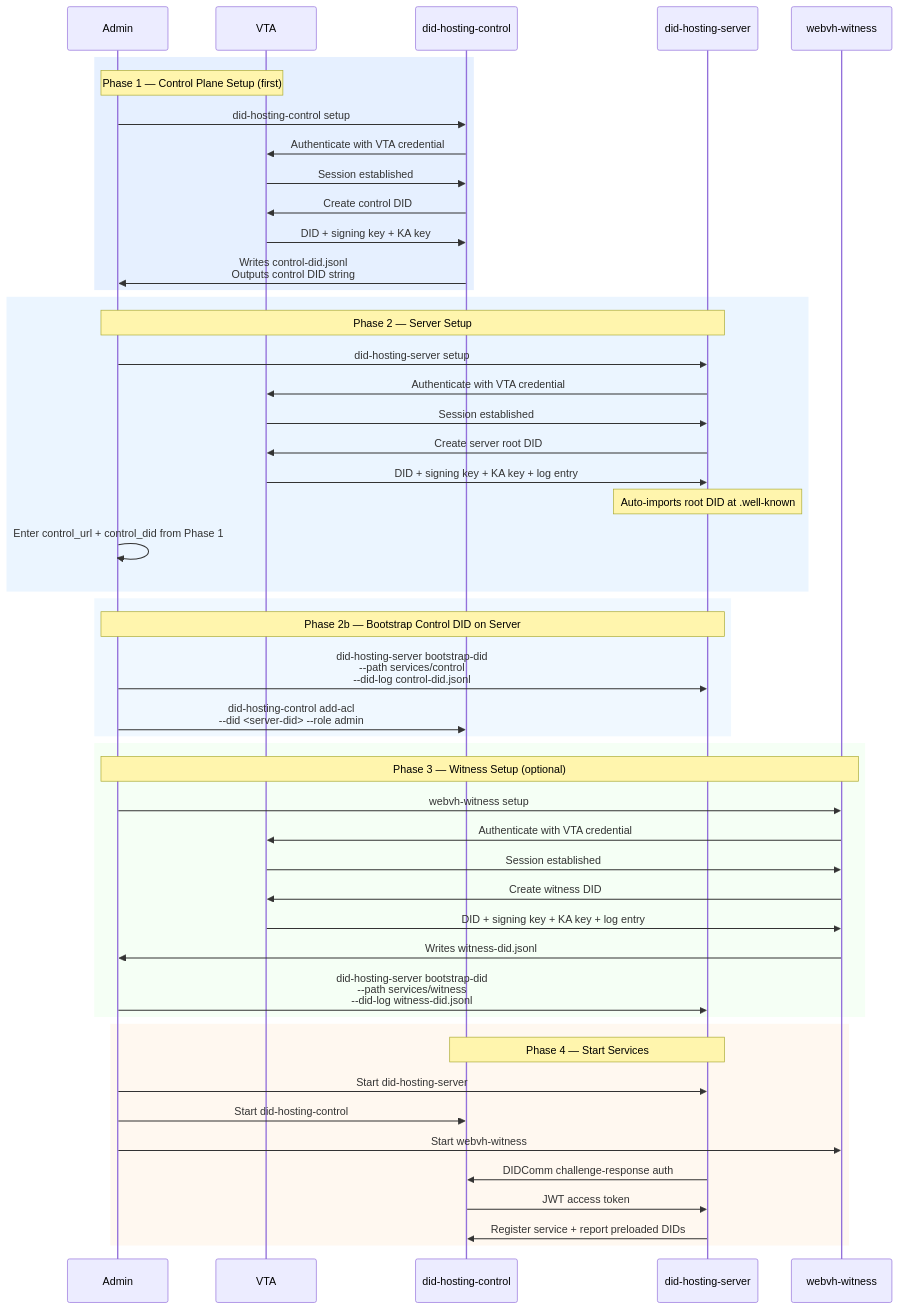
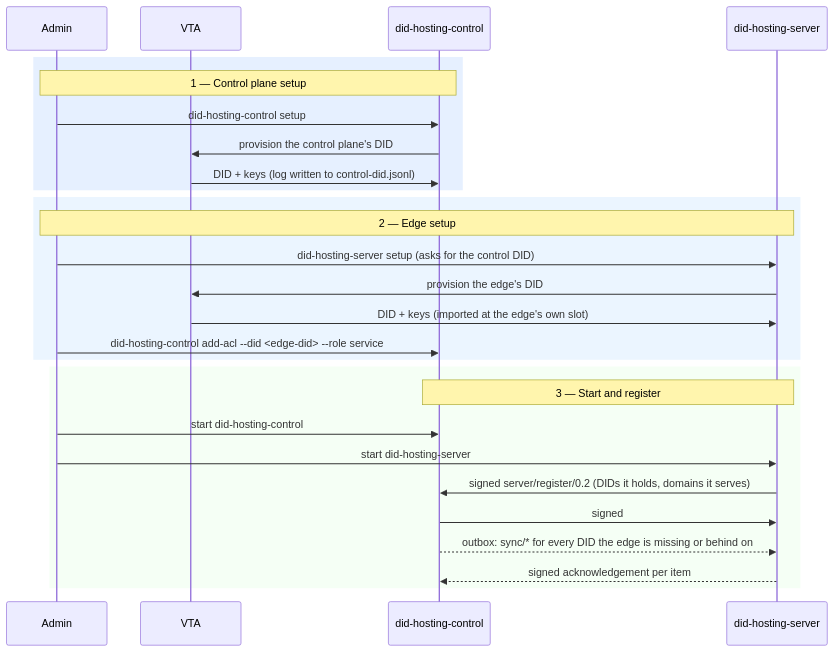
One commit to affinidi/affinidi-webvh-service changed the diagram in docs/bootstrap_startup.md. Above: the diagram before and after it, drawn with Mermaid. The commit also changed other lines of this file and 38 other files, not shown here.

````diff
--- a/docs/bootstrap_startup.md
+++ b/docs/bootstrap_startup.md
@@ -25,56 +101,32 @@
 ```mermaid
 sequenceDiagram
     participant Admin
     participant VTA
     participant Control as did-hosting-control
-    participant Server as did-hosting-server
-    participant Witness as webvh-witness
+    participant Edge as did-hosting-server
 
     rect rgb(230, 240, 255)
-        Note over Admin,VTA: Phase 1 — Control Plane Setup (first)
+        Note over Admin,Control: 1 — Control plane setup
         Admin->>Control: did-hosting-control setup
-        Control->>VTA: Authenticate with VTA credential
-        VTA->>Control: Session established
-        Control->>VTA: Create control DID
-        VTA->>Control: DID + signing key + KA key
-        Control->>Admin: Writes control-did.jsonl<br/>Outputs control DID string
+        Control->>VTA: provision the control plane's DID
+        VTA->>Control: DID + keys (log written to control-did.jsonl)
     end
 
     rect rgb(235, 245, 255)
-        Note over Admin,Server: Phase 2 — Server Setup
-        Admin->>Server: did-hosting-server setup
-        Server->>VTA: Authenticate with VTA credential
-        VTA->>Server: Session established
-        Server->>VTA: Create server root DID
-        VTA->>Server: DID + signing key + KA key + log entry
-        Note over Server: Auto-imports root DID at .well-known
-        Admin->>Admin: Enter control_url + control_did from Phase 1
-    end
-
-    rect rgb(240, 248, 255)
-        Note over Admin,Server: Phase 2b — Bootstrap Control DID on Server
-        Admin->>Server: did-hosting-server bootstrap-did<br/>--path services/control<br/>--did-log control-did.jsonl
-        Admin->>Control: did-hosting-control add-acl<br/>--did <server-did> --role admin
+        Note over Admin,Edge: 2 — Edge setup
+        Admin->>Edge: did-hosting-server setup (asks for the control DID)
+        Edge->>VTA: provision the edge's DID
+        VTA->>Edge: DID + keys (imported at the edge's own slot)
+        Admin->>Control: did-hosting-control add-acl --did <edge-did> --role service
     end
 
     rect rgb(245, 255, 245)
-        Note over Admin,Witness: Phase 3 — Witness Setup (optional)
-        Admin->>Witness: webvh-witness setup
-        Witness->>VTA: Authenticate with VTA credential
-        VTA->>Witness: Session established
-        Witness->>VTA: Create witness DID
-        VTA->>Witness: DID + signing key + KA key + log entry
-        Witness->>Admin: Writes witness-did.jsonl
-        Admin->>Server: did-hosting-server bootstrap-did<br/>--path services/witness<br/>--did-log witness-did.jsonl
-    end
-
-    rect rgb(255, 248, 240)
-        Note over Server,Control: Phase 4 — Start Services
-        Admin->>Server: Start did-hosting-server
-        Admin->>Control: Start did-hosting-control
-        Admin->>Witness: Start webvh-witness
-        Server->>Control: DIDComm challenge-response auth
-        Control->>Server: JWT access token
-        Server->>Control: Register service + report preloaded DIDs
+        Note over Edge,Control: 3 — Start and register
+        Admin->>Control: start did-hosting-control
+        Admin->>Edge: start did-hosting-server
+        Edge->>Control: signed server/register/0.2 (DIDs it holds, domains it serves)
+        Control->>Edge: signed #response
+        Control-->>Edge: outbox: sync/* for every DID the edge is missing or behind on
+        Edge-->>Control: signed acknowledgement per item
     end
 ```
````
